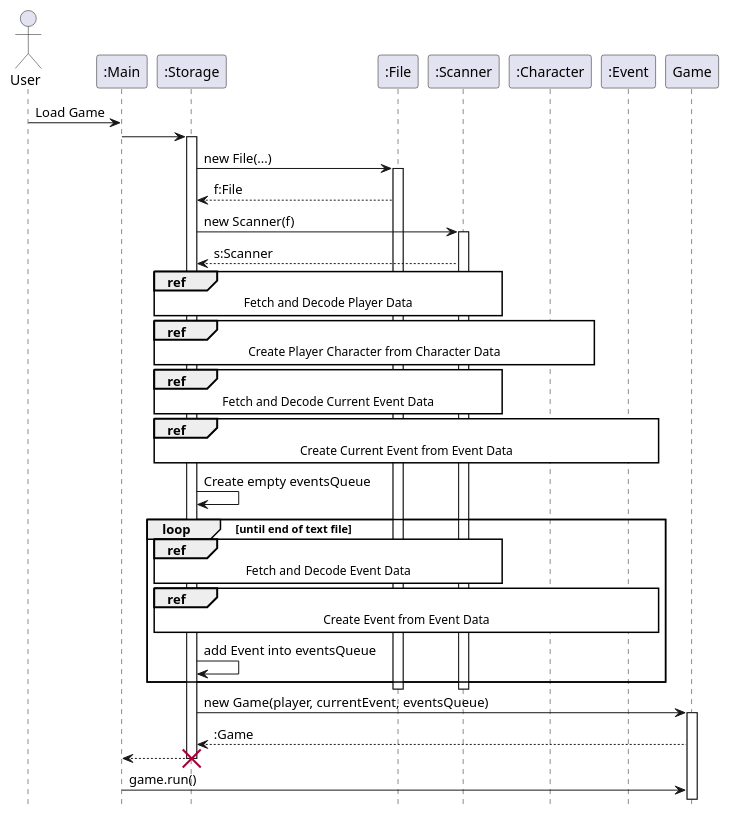
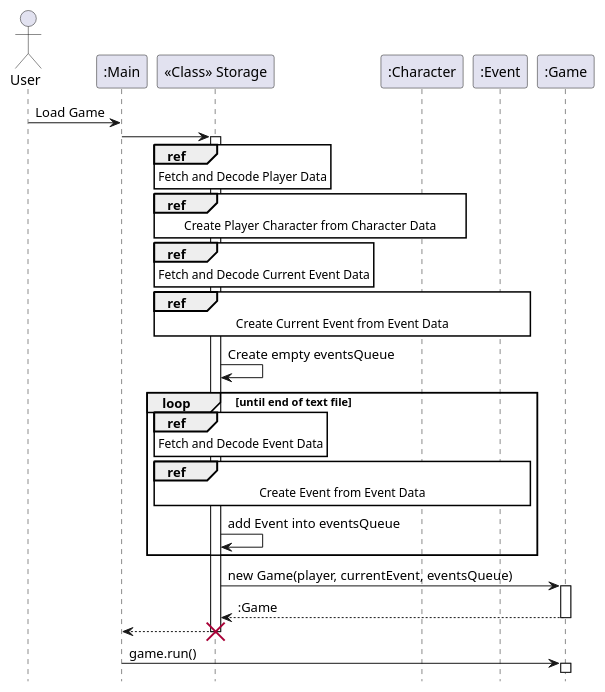
Before and after one commit to TiangSoonYong/tp: the first of 4 diagrams in docs/uml/loadSequence.puml, drawn with PlantUML. The commit also changed other lines of this file and 3 other files, not shown here.

Commit message:
Add Class diagram for Storage Class and Sequence Diagram for Save Sequence

```diff
--- a/docs/uml/loadSequence.puml
+++ b/docs/uml/loadSequence.puml
@@ -1,58 +1,52 @@
 @startuml
 hide footbox
 skinparam sequenceReferenceBackgroundColor #FFFFFF
 actor User
 
 participant ":Main" as Main
-participant ":Storage" as Storage
-participant ":File" as File
-participant ":Scanner" as Scanner
+participant "<<Class>> Storage" as Storage
 participant ":Character" as Character
 participant ":Event" as Event
+participant ":Game" as Game
+
 User -> Main: Load Game
 Main -> Storage:
 activate Storage
-Storage -> File: new File(...)
-activate File
-File --> Storage: f:File
-Storage -> Scanner: new Scanner(f)
-activate Scanner
-Scanner --> Storage: s:Scanner
 
-ref over Storage, Scanner, File
+ref over Storage
     Fetch and Decode Player Data
 end ref
 
 ref over Storage, Character
     Create Player Character from Character Data
 end ref
 
-ref over Storage, Scanner, File
+ref over Storage
     Fetch and Decode Current Event Data
 end ref
 
-ref over Storage, Event
+ref over Storage, Character, Event
     Create Current Event from Event Data
 end ref
 
 Storage -> Storage: Create empty eventsQueue
 loop until end of text file
-    ref over Storage, Scanner, File
+    ref over Storage
         Fetch and Decode Event Data
     end ref
 
-    ref over Storage, Event
+    ref over Storage, Character, Event
         Create Event from Event Data
     end ref
     Storage -> Storage: add Event into eventsQueue
 end loop
-deactivate File
-deactivate Scanner
 
 Storage -> Game: new Game(player, currentEvent, eventsQueue)
 activate Game
 Game --> Storage: :Game
+deactivate Game
 Storage --> Main:
 destroy Storage
 Main -> Game: game.run()
+activate Game
 @enduml
```
